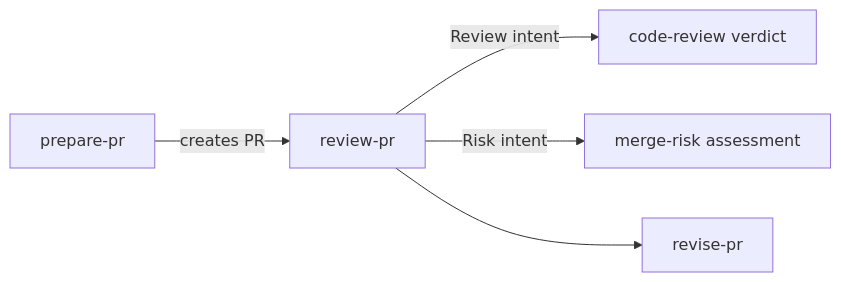
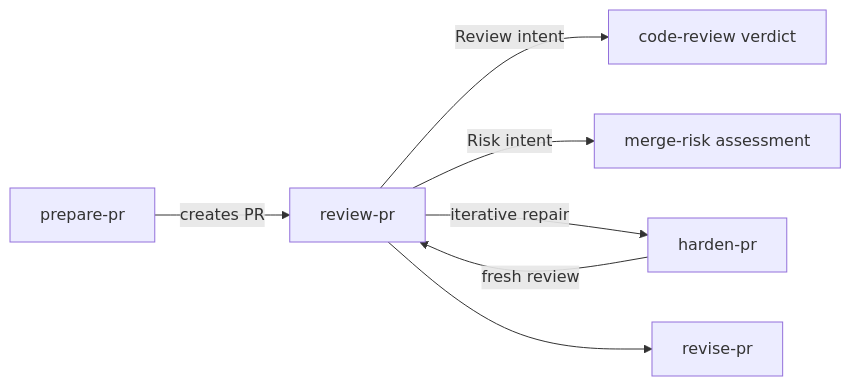
One commit to pnewsam/skills changed the third of 14 diagrams in README.md. Above: the diagram before and after it, drawn with Mermaid. The commit also changed other lines of this file and 5 other files, not shown here.

````diff
--- a/README.md
+++ b/README.md
@@ -184,7 +184,9 @@
 ```mermaid
 flowchart LR
     PP[prepare-pr] -->|creates PR| RP[review-pr]
     RP -->|Review intent| CR[code-review verdict]
     RP -->|Risk intent| RA[merge-risk assessment]
+    RP -->|iterative repair| HP[harden-pr]
+    HP -->|fresh review| RP
     RP --> RVP[revise-pr]
 ```
````
